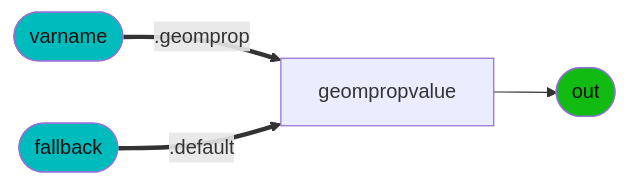
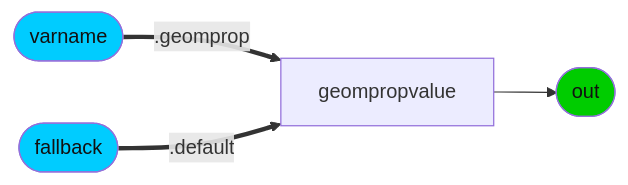
One commit to kwokcb/MaterialX_Learn changed diagram 15 of 35 in documents/definitions/bxdf_doc.md. Above: the diagram before and after it, drawn with Mermaid. The commit also changed other lines of this file and 435 other files, not shown here.

````diff
--- a/documents/definitions/bxdf_doc.md
+++ b/documents/definitions/bxdf_doc.md
@@ -1545,10 +1541,10 @@
 ```mermaid
 graph LR; 
     IMP_UsdPrimvarReader_boolean_primvar[geompropvalue] --> IMP_UsdPrimvarReader_boolean_out([out])
-    style IMP_UsdPrimvarReader_boolean_out fill:#1b1, color:#111
+    style IMP_UsdPrimvarReader_boolean_out fill:#0C0, color:#111
     IMP_UsdPrimvarReader_boolean_varnameINT([varname]) ==.geomprop==> IMP_UsdPrimvarReader_boolean_primvar[geompropvalue]
-    style IMP_UsdPrimvarReader_boolean_varnameINT fill:#0bb, color:#111
+    style IMP_UsdPrimvarReader_boolean_varnameINT fill:#0CF, color:#111
     IMP_UsdPrimvarReader_boolean_fallbackINT([fallback]) ==.default==> IMP_UsdPrimvarReader_boolean_primvar[geompropvalue]
-    style IMP_UsdPrimvarReader_boolean_fallbackINT fill:#0bb, color:#111
+    style IMP_UsdPrimvarReader_boolean_fallbackINT fill:#0CF, color:#111
 
 ```
````
